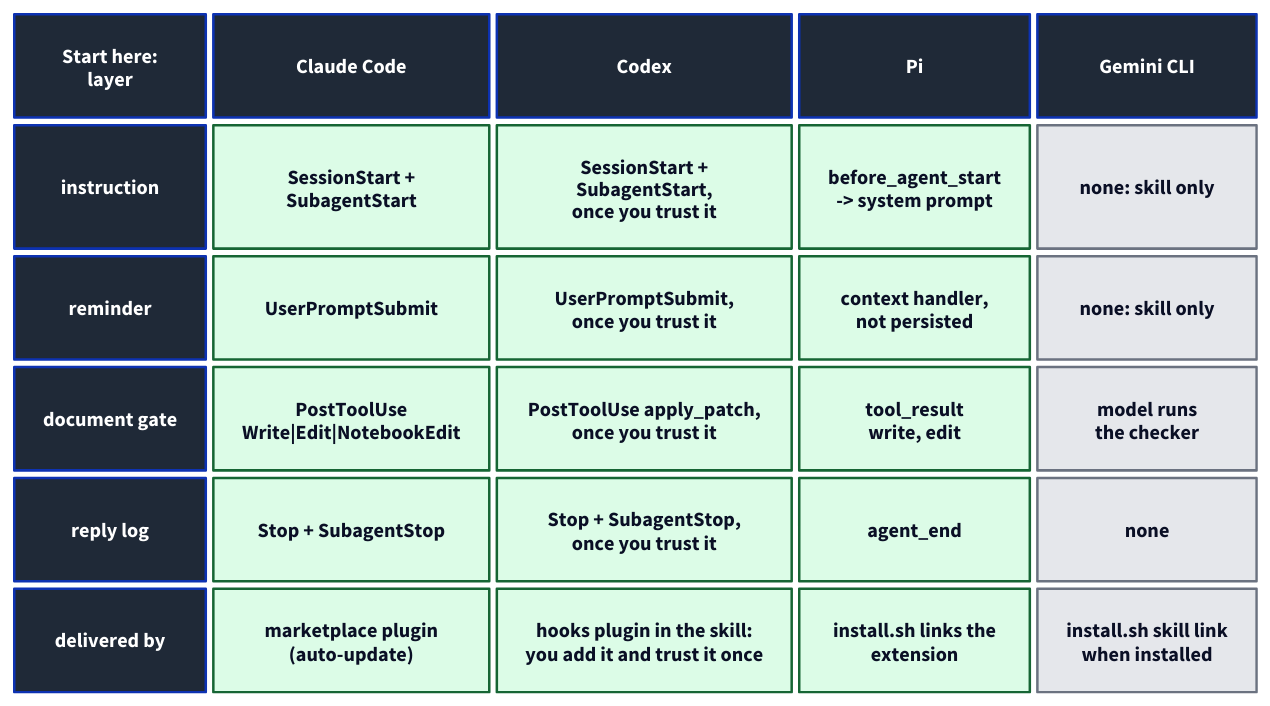
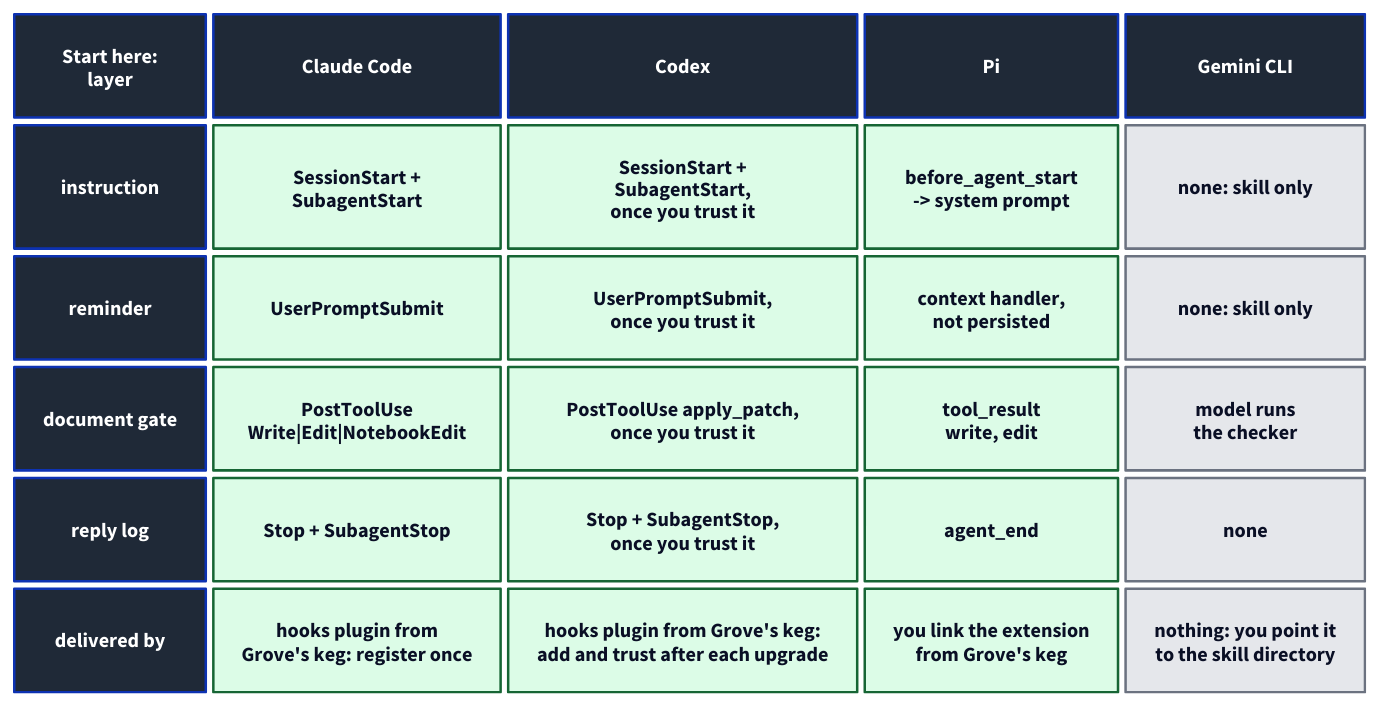
Before and after one commit to Linkuistics/WritingSkills: the diagram in docs/design/technical-communication/harness-map.d2, drawn with D2. The commit also changed 9 other files, not shown here.

```diff
--- a/docs/design/technical-communication/harness-map.d2
+++ b/docs/design/technical-communication/harness-map.d2
@@ -1,41 +1,41 @@
 grid-rows: 6
 grid-columns: 5
 grid-gap: 6
 
 classes: {
   head: {style: {fill: "#1f2937"; font-color: "#ffffff"; bold: true}}
   yes: {style: {fill: "#dcfce7"; stroke: "#166534"}}
   ask: {style: {fill: "#fef3c7"; stroke: "#b45309"; stroke-dash: 4}}
   no: {style: {fill: "#e5e7eb"; stroke: "#6b7280"}}
 }
 
 h0: "Start here:\nlayer" {class: head}
 h1: "Claude Code" {class: head}
 h2: "Codex" {class: head}
 h3: "Pi" {class: head}
 h4: "Gemini CLI" {class: head}
 i0: "instruction" {class: head}
 i1: "SessionStart +\nSubagentStart" {class: yes}
 i2: "SessionStart +\nSubagentStart,\nonce you trust it" {class: yes}
 i3: "before_agent_start\n-> system prompt" {class: yes}
 i4: "none: skill only" {class: no}
 r0: "reminder" {class: head}
 r1: "UserPromptSubmit" {class: yes}
 r2: "UserPromptSubmit,\nonce you trust it" {class: yes}
 r3: "context handler,\nnot persisted" {class: yes}
 r4: "none: skill only" {class: no}
 g0: "document gate" {class: head}
 g1: "PostToolUse\nWrite|Edit|NotebookEdit" {class: yes}
 g2: "PostToolUse apply_patch,\nonce you trust it" {class: yes}
 g3: "tool_result\nwrite, edit" {class: yes}
 g4: "model runs\nthe checker" {class: no}
 l0: "reply log" {class: head}
 l1: "Stop + SubagentStop" {class: yes}
 l2: "Stop + SubagentStop,\nonce you trust it" {class: yes}
 l3: "agent_end" {class: yes}
 l4: "none" {class: no}
 d0: "delivered by" {class: head}
-d1: "marketplace plugin\n(auto-update)" {class: yes}
-d2: "hooks plugin in the skill:\nyou add it and trust it once" {class: yes}
-d3: "install.sh links the\nextension" {class: yes}
-d4: "install.sh skill link\nwhen installed" {class: no}
+d1: "hooks plugin from\nGrove's keg: register once" {class: yes}
+d2: "hooks plugin from Grove's keg:\nadd and trust after each upgrade" {class: yes}
+d3: "you link the extension\nfrom Grove's keg" {class: yes}
+d4: "nothing: you point it\nto the skill directory" {class: no}
```
